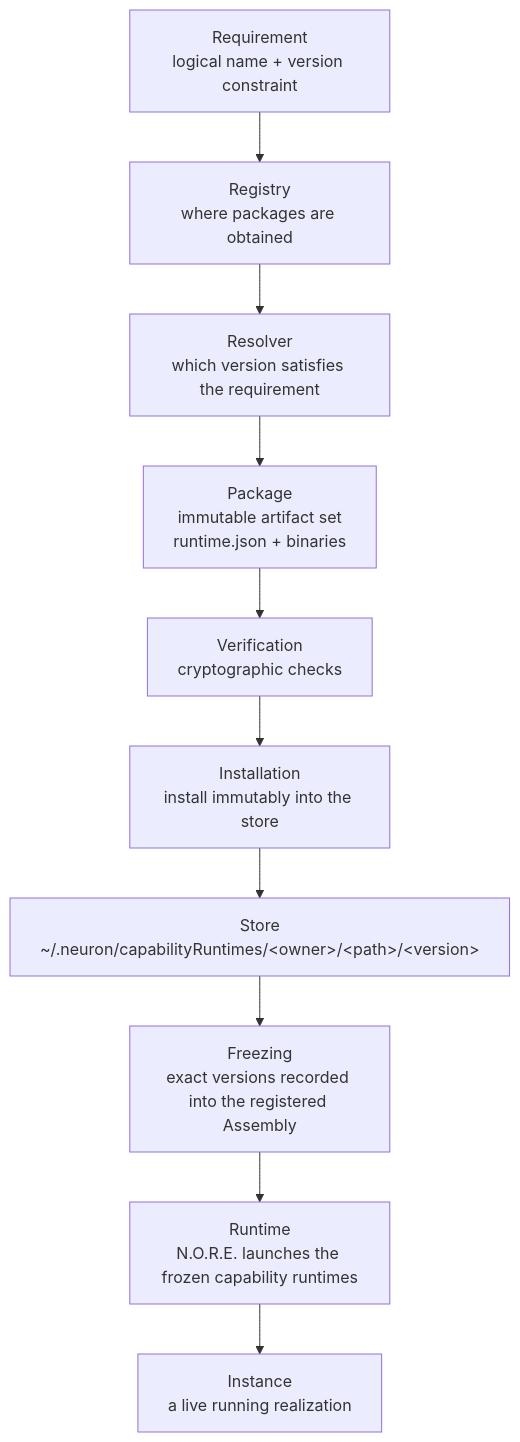
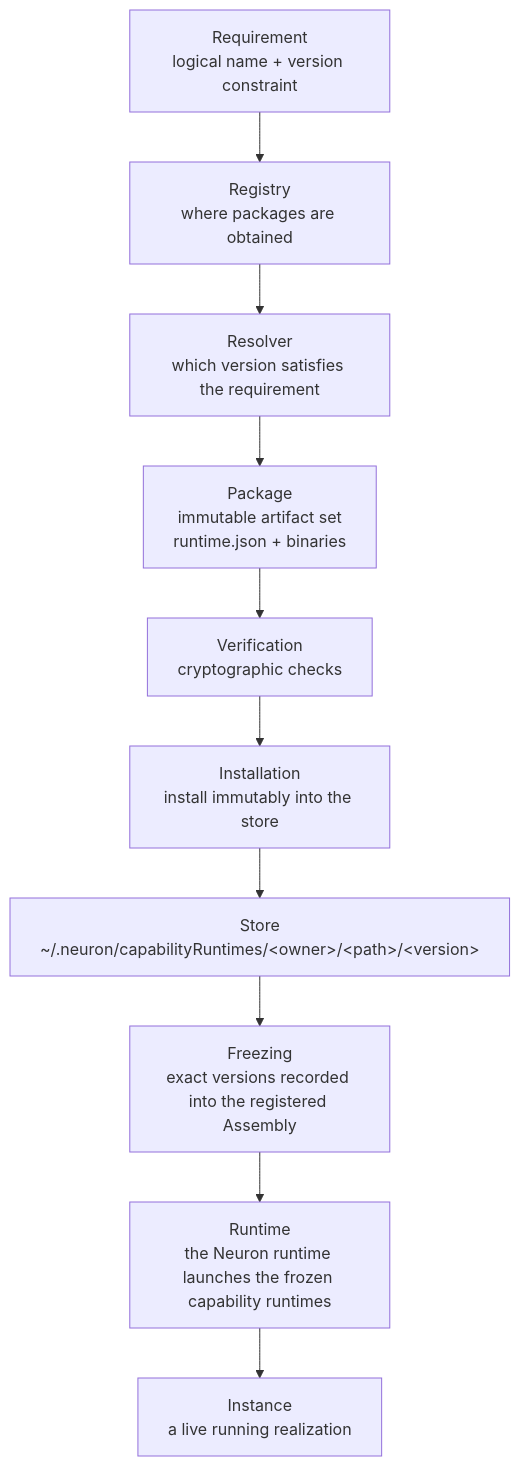
Before and after one commit to neuron-runtime/neuron: the diagram in docs/MODULES.md, drawn with Mermaid. The commit also changed other lines of this file and 10 other files, not shown here.

````diff
--- a/docs/MODULES.md
+++ b/docs/MODULES.md
@@ -37,12 +27,12 @@
 ```mermaid
 flowchart TB
     A[Requirement<br/>logical name + version constraint] --> B[Registry<br/>where packages are obtained]
     B --> C[Resolver<br/>which version satisfies the requirement]
     C --> D[Package<br/>immutable artifact set<br/>runtime.json + binaries]
     D --> E[Verification<br/>cryptographic checks]
     E --> F[Installation<br/>install immutably into the store]
     F --> G[Store<br/>~/.neuron/capabilityRuntimes/&lt;owner&gt;/&lt;path&gt;/&lt;version&gt;]
     G --> H[Freezing<br/>exact versions recorded into the registered Assembly]
-    H --> I[Runtime<br/>N.O.R.E. launches the frozen capability runtimes]
+    H --> I[Runtime<br/>the Neuron runtime launches the frozen capability runtimes]
     I --> J[Instance<br/>a live running realization]
 ```
````
